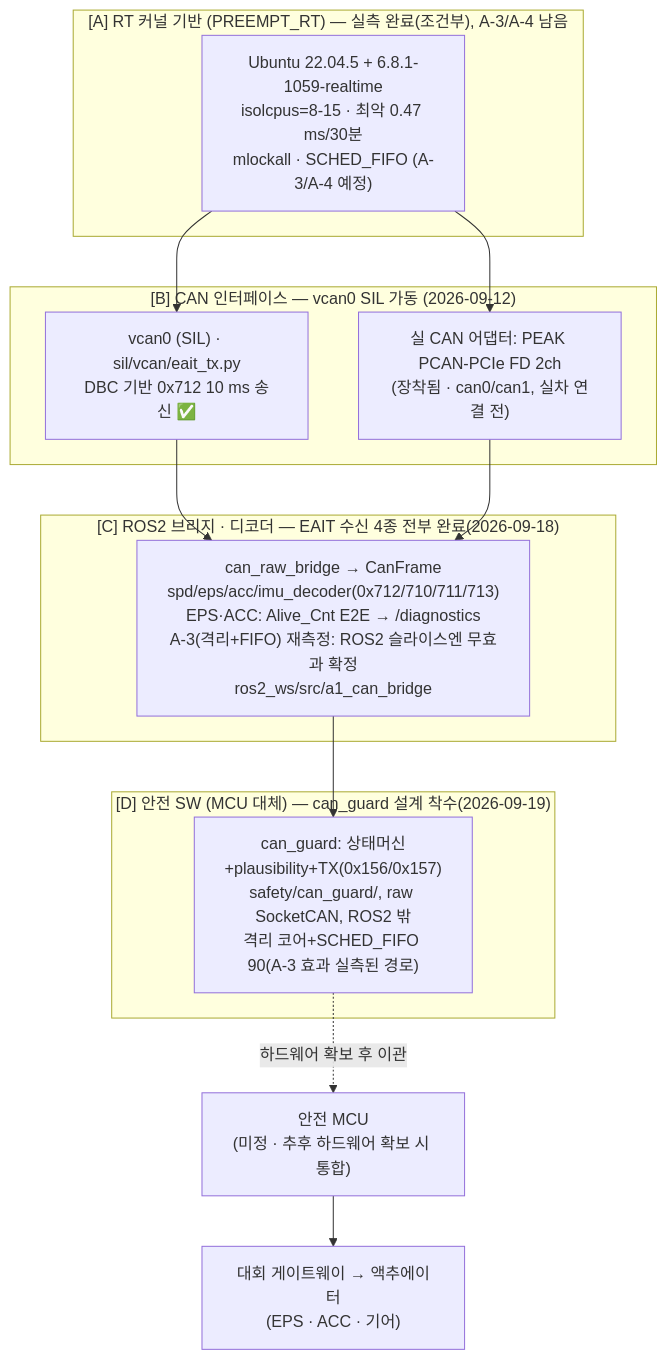
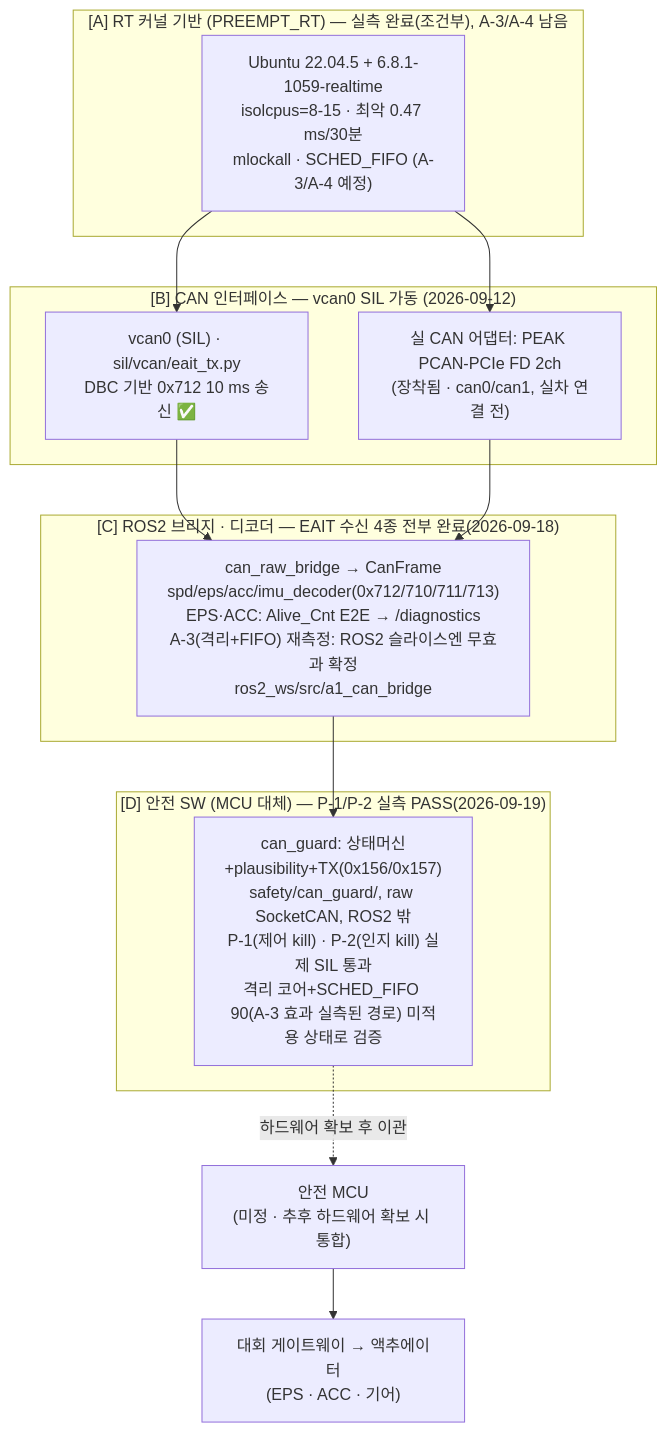
Before and after one commit to seungmin01-miru/A1-BSW: the first of 3 diagrams in can_stack_development.md, drawn with Mermaid. The commit also changed other lines of this file and 15 other files, not shown here.

````diff
--- a/can_stack_development.md
+++ b/can_stack_development.md
@@ -21,26 +21,26 @@
 ```mermaid
 flowchart TB
   subgraph A["[A] RT 커널 기반 (PREEMPT_RT) — 실측 완료(조건부), A-3/A-4 남음"]
     K["Ubuntu 22.04.5 + 6.8.1-1059-realtime<br/>isolcpus=8-15 · 최악 0.47 ms/30분<br/>mlockall · SCHED_FIFO (A-3/A-4 예정)"]
   end
   subgraph B["[B] CAN 인터페이스 — vcan0 SIL 가동 (2026-09-12)"]
     VCAN["vcan0 (SIL) · sil/vcan/eait_tx.py<br/>DBC 기반 0x712 10 ms 송신 ✅"]
     RCAN["실 CAN 어댑터: PEAK PCAN-PCIe FD 2ch<br/>(장착됨 · can0/can1, 실차 연결 전)"]
   end
   subgraph C["[C] ROS2 브리지 · 디코더 — EAIT 수신 4종 전부 완료(2026-09-18)"]
     DEC["can_raw_bridge → CanFrame<br/>spd/eps/acc/imu_decoder(0x712/710/711/713)<br/>EPS·ACC: Alive_Cnt E2E → /diagnostics<br/>A-3(격리+FIFO) 재측정: ROS2 슬라이스엔 무효과 확정<br/>ros2_ws/src/a1_can_bridge"]
   end
-  subgraph D["[D] 안전 SW (MCU 대체) — can_guard 설계 착수(2026-09-19)"]
-    WD["can_guard: 상태머신+plausibility+TX(0x156/0x157)<br/>safety/can_guard/, raw SocketCAN, ROS2 밖<br/>격리 코어+SCHED_FIFO 90(A-3 효과 실측된 경로)"]
+  subgraph D["[D] 안전 SW (MCU 대체) — P-1/P-2 실측 PASS(2026-09-19)"]
+    WD["can_guard: 상태머신+plausibility+TX(0x156/0x157)<br/>safety/can_guard/, raw SocketCAN, ROS2 밖<br/>P-1(제어 kill) · P-2(인지 kill) 실제 SIL 통과<br/>격리 코어+SCHED_FIFO 90(A-3 효과 실측된 경로) 미적용 상태로 검증"]
   end
   MCU["안전 MCU<br/>(미정 · 추후 하드웨어 확보 시 통합)"]
   GW["대회 게이트웨이 → 액추에이터<br/>(EPS · ACC · 기어)"]
 
   K --> VCAN
   K --> RCAN
   VCAN --> DEC
   RCAN --> DEC
   DEC --> WD
   WD -.하드웨어 확보 후 이관.-> MCU
   MCU --> GW
 ```
````
